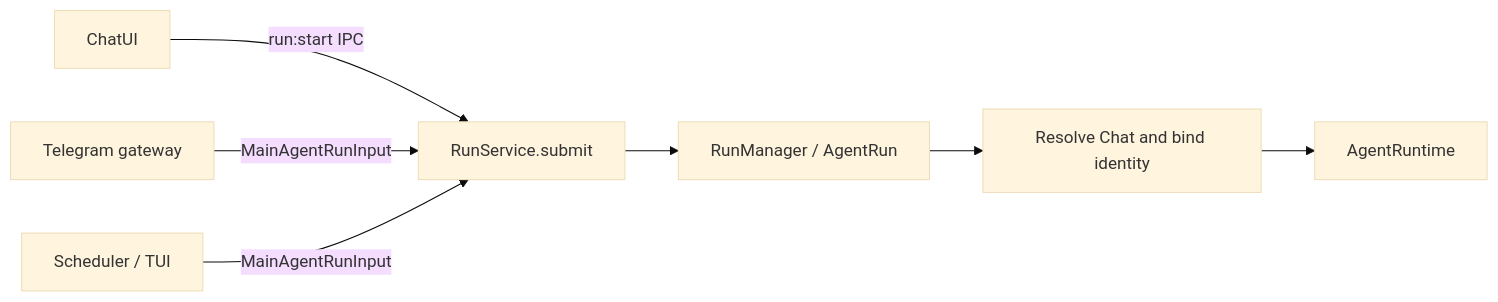
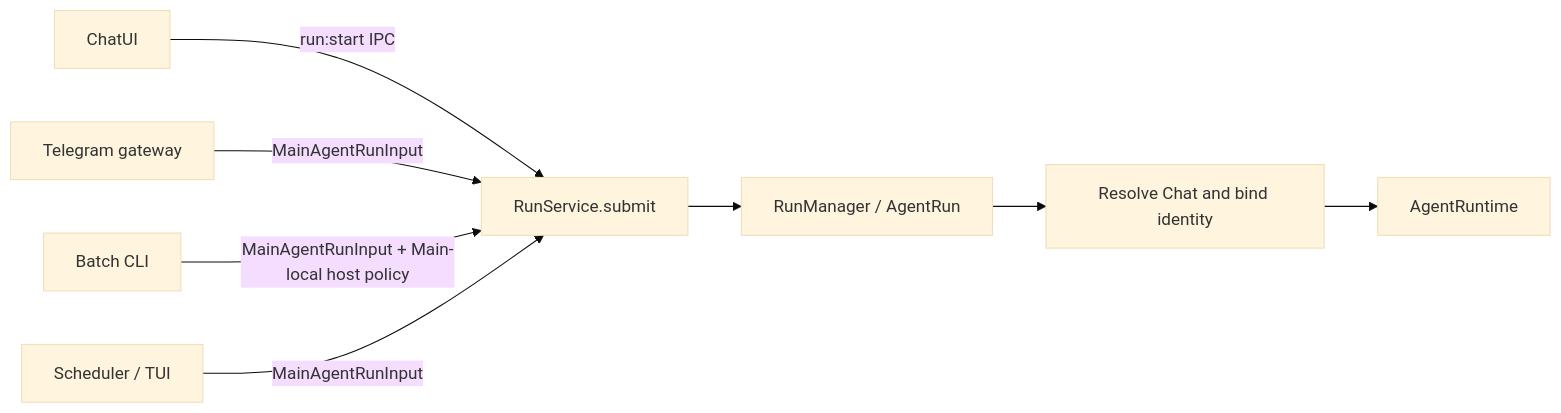
The first of 2 diagrams in docs/architecture/chat-runtime-architecture-current.md (gnl00/-i-ati), drawn with Mermaid (base theme) before and after one commit. The commit also changed other lines of this file and 50 other files, not shown here.

````diff
--- a/docs/architecture/chat-runtime-architecture-current.md
+++ b/docs/architecture/chat-runtime-architecture-current.md
@@ -30,9 +30,10 @@
 ```mermaid
 flowchart LR
   UI[ChatUI] -->|run:start IPC| S[RunService.submit]
   TG[Telegram gateway] -->|MainAgentRunInput| S
+  CLI[Batch CLI] -->|MainAgentRunInput + Main-local host policy| S
   OTHER[Scheduler / TUI] -->|MainAgentRunInput| S
   S --> RM[RunManager / AgentRun]
   RM --> PREP[Resolve Chat and bind identity]
   PREP --> AGENT[AgentRuntime]
 ```
````
